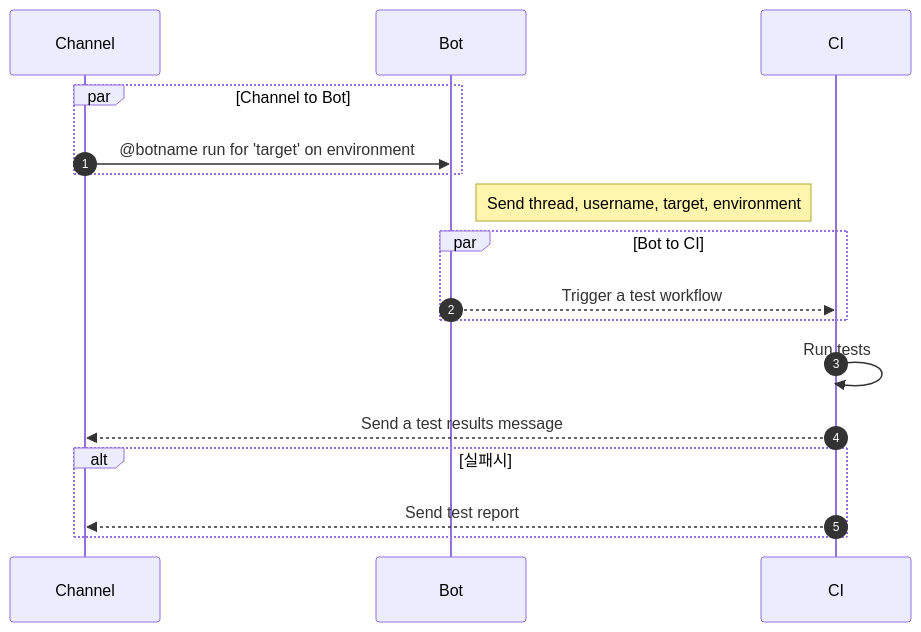
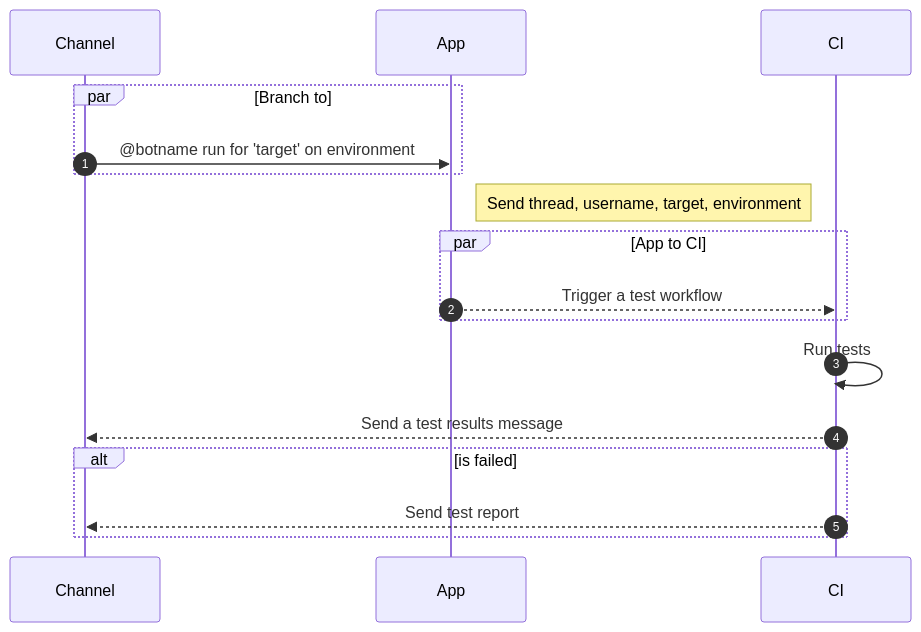
The first of 2 diagrams in README.md (bgtestlab/slack-app-test), drawn with Mermaid before and after one commit. The commit also changed other lines of this file, not shown here.

````diff
--- a/README.md
+++ b/README.md
@@ -3,16 +4,16 @@
 ```mermaid
 sequenceDiagram
     autonumber
-    par Channel to Bot
-        Channel->>Bot: @botname run for 'target' on environment
+    par Branch to 
+        Channel->>App: @botname run for 'target' on environment
     end
-    Note right of Bot: Send thread, username, target, environment
-    par Bot to CI
-    Bot-->>CI: Trigger a test workflow
+    Note right of App: Send thread, username, target, environment
+    par App to CI
+    App-->>CI: Trigger a test workflow
     end
     CI->>CI: Run tests
     CI-->>Channel: Send a test results message
-    alt 실패시 
+    alt is failed
         CI-->>Channel: Send test report 
     end    
 ```
````
